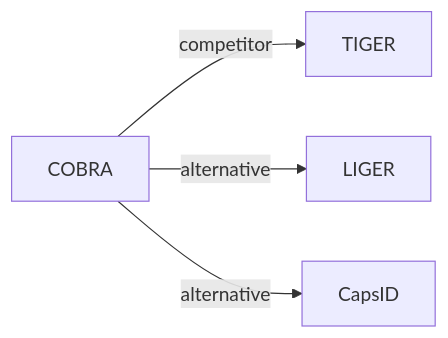
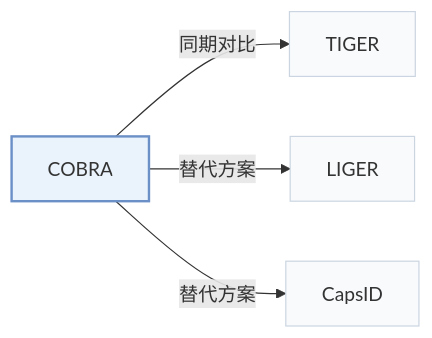
The second of 2 diagrams in pages/zh/papers/cobra.md (Galaxy-ghost/Awesome-SID-Generative-Rec), drawn with Mermaid before and after one commit. The commit also changed other lines of this file and 649 other files, not shown here.

Commit message:
writer-05: also tags and modality index (schema, check, build, visuals); summary field removed; calibration data for 12 papers

````diff
--- a/pages/zh/papers/cobra.md
+++ b/pages/zh/papers/cobra.md
@@ -68,7 +76,11 @@
 ```mermaid
 flowchart LR
     P["COBRA"]
-    P -->|competitor| A["TIGER"]
-    P -->|alternative| B["LIGER"]
-    P -->|alternative| C["CapsID"]
+    P -->|"同期对比"| A["TIGER"]
+    P -->|"替代方案"| B["LIGER"]
+    P -->|"替代方案"| C["CapsID"]
+    classDef main fill:#eaf2fb,stroke:#6b8fc7,stroke-width:2px
+    classDef peer fill:#f8fafc,stroke:#cbd5e1
+    class P main
+    class A,B,C peer
 ```
````
